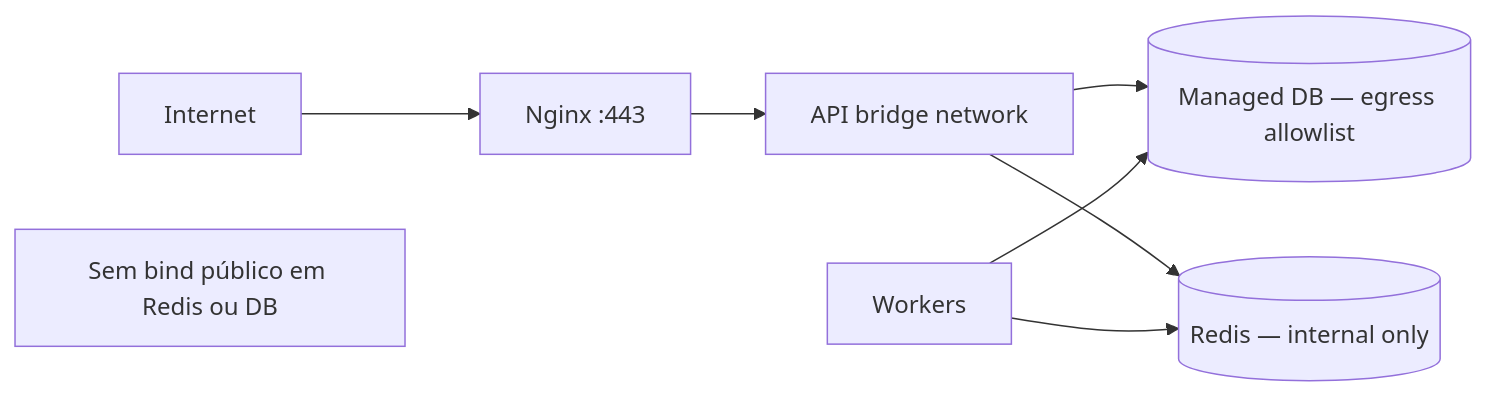
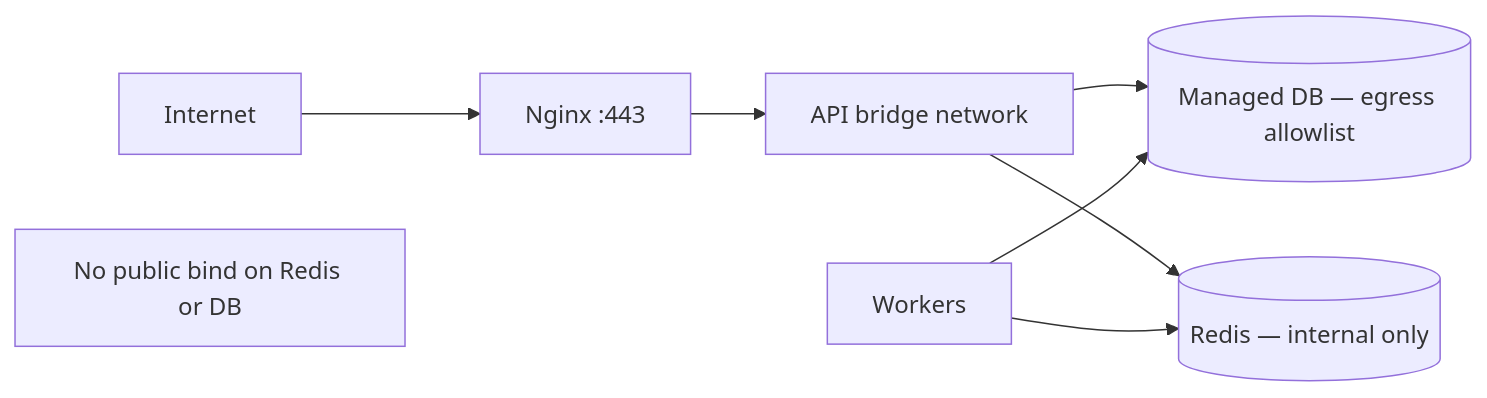
The third of 3 diagrams in docs/SECURITY_AND_COMPLIANCE.md (alissonf216/licitech-architecture-showcase), drawn with Mermaid before and after one commit. The commit also changed other lines of this file and 36 other files, not shown here.

First line of the commit message:
Add Licitech architecture portfolio (EN + PT-BR)

````diff
--- a/docs/SECURITY_AND_COMPLIANCE.md
+++ b/docs/SECURITY_AND_COMPLIANCE.md
@@ -135,10 +137,10 @@
 ```mermaid
 flowchart LR
     INET[Internet] --> NX[Nginx :443]
     NX --> API[API bridge network]
     API --> DB[(Managed DB — egress allowlist)]
     API --> REDIS[(Redis — internal only)]
     W[Workers] --> REDIS
     W --> DB
-    Note1[Sem bind público em Redis ou DB]
+    Note1[No public bind on Redis or DB]
 ```
````
